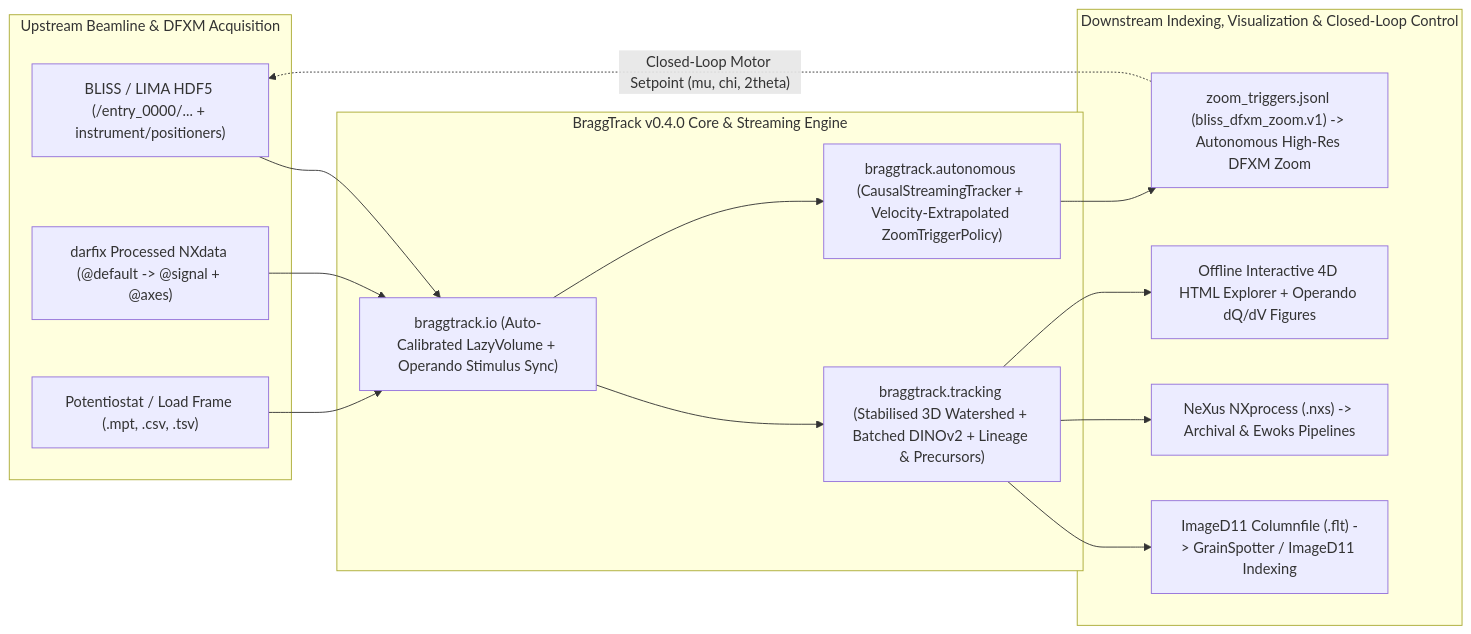
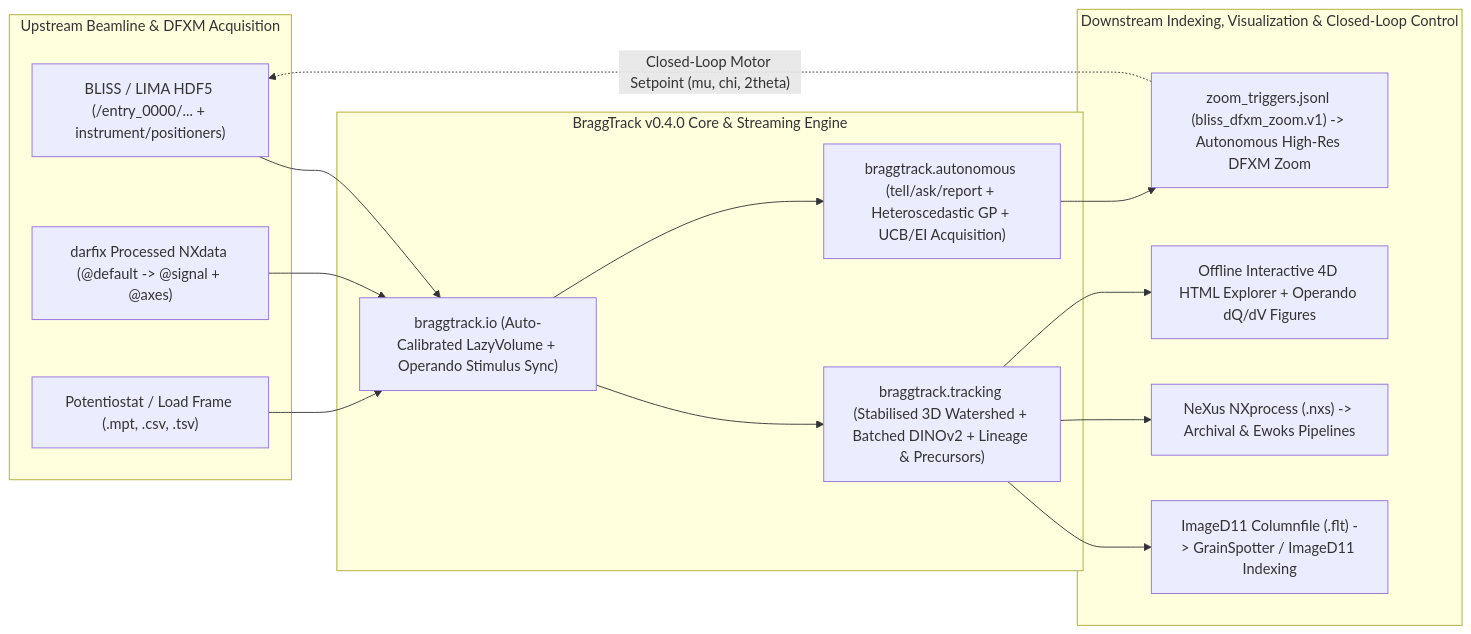
The diagram in docs/positioning.md (BASE-Laboratory/BraggTrack), drawn with Mermaid before and after one commit. The commit also changed other lines of this file and 12 other files, not shown here.

Commit message:
refactor(autonomous): replace bespoke taxonomy math with GP forecasting, UCB/EI acquisition, and ask-tell API

````diff
--- a/docs/positioning.md
+++ b/docs/positioning.md
@@ -29,32 +29,32 @@
 ```mermaid
 flowchart LR
   subgraph upstream["Upstream Beamline & DFXM Acquisition"]
     BLISS["BLISS / LIMA HDF5 (/entry_0000/... + instrument/positioners)"]
     DARFIX["darfix Processed NXdata (@default -> @signal + @axes)"]
     EC["Potentiostat / Load Frame (.mpt, .csv, .tsv)"]
   end
 
   subgraph bt["BraggTrack v0.4.0 Core & Streaming Engine"]
     IO["braggtrack.io (Auto-Calibrated LazyVolume + Operando Stimulus Sync)"]
     TRK["braggtrack.tracking (Stabilised 3D Watershed + Batched DINOv2 + Lineage & Precursors)"]
-    AUTO["braggtrack.autonomous (CausalStreamingTracker + Velocity-Extrapolated ZoomTriggerPolicy)"]
+    AUTO["braggtrack.autonomous (tell/ask/report + Heteroscedastic GP + UCB/EI Acquisition)"]
   end
 
   subgraph downstream["Downstream Indexing, Visualization & Closed-Loop Control"]
     FLT["ImageD11 Columnfile (.flt) -> GrainSpotter / ImageD11 Indexing"]
     NXS["NeXus NXprocess (.nxs) -> Archival & Ewoks Pipelines"]
     HTML["Offline Interactive 4D HTML Explorer + Operando dQ/dV Figures"]
     ZOOM["zoom_triggers.jsonl (bliss_dfxm_zoom.v1) -> Autonomous High-Res DFXM Zoom"]
   end
 
   BLISS --> IO
   DARFIX --> IO
   EC --> IO
   IO --> TRK
   IO --> AUTO
   TRK --> FLT
   TRK --> NXS
   TRK --> HTML
   AUTO --> ZOOM
   ZOOM -. "Closed-Loop Motor Setpoint (mu, chi, 2theta)" .-> BLISS
 ```
````
